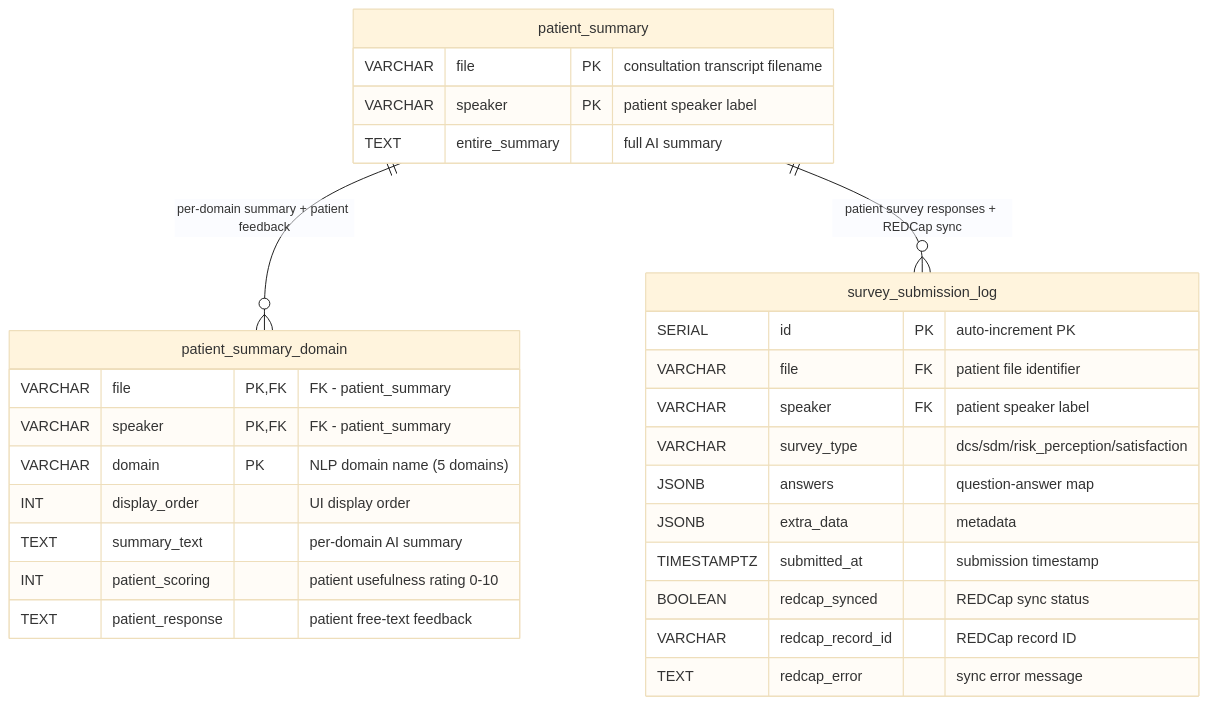
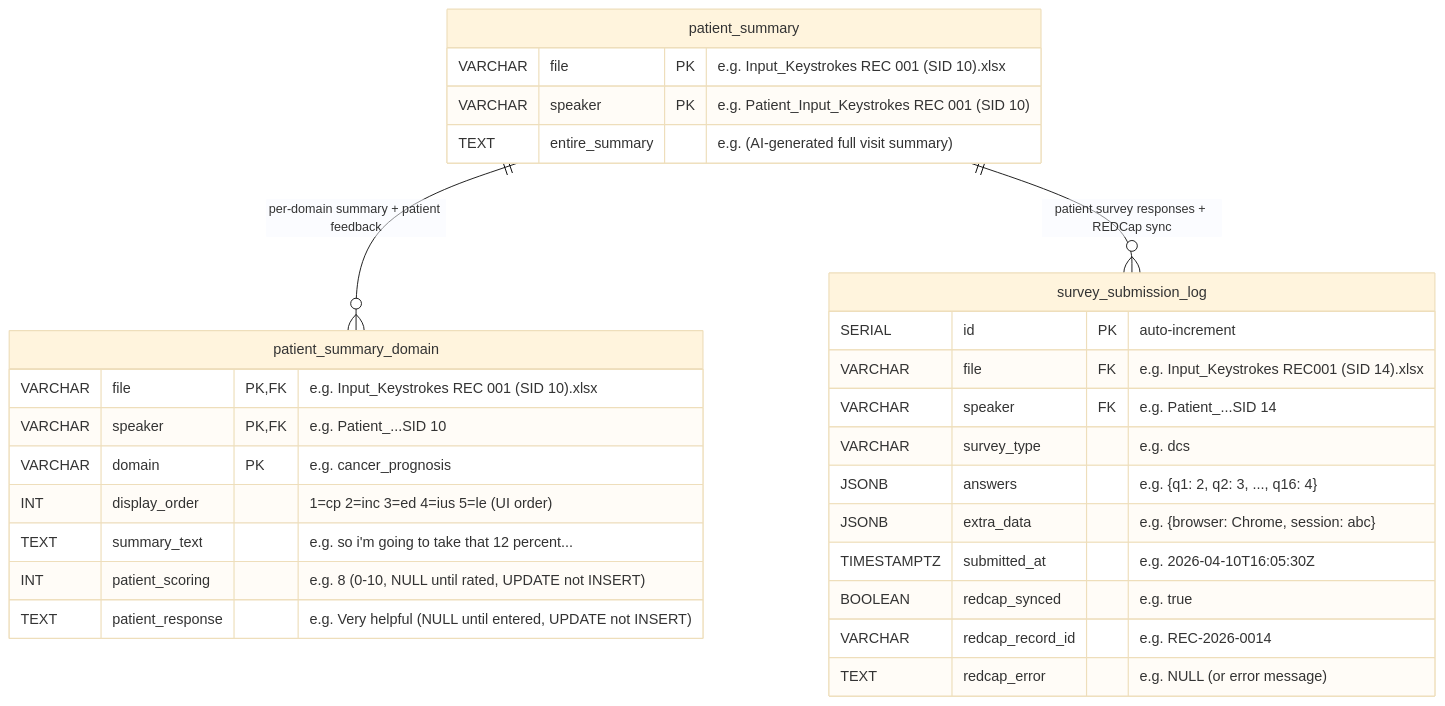
One commit to HyunjunA/Prostate_cancer_consultation changed the second of 5 diagrams in app/Backend/patient_doctor_interface_erd_v3_en.md. Above: the diagram before and after it, drawn with Mermaid (base theme). The commit also changed other lines of this file and 2 other files, not shown here.

First line of the commit message:
docs: enhance ERD v3 with real DB examples, field-level explanations, and PDF

````diff
--- a/app/Backend/patient_doctor_interface_erd_v3_en.md
+++ b/app/Backend/patient_doctor_interface_erd_v3_en.md
@@ -37,34 +37,34 @@
 ```mermaid
 erDiagram
     patient_summary {
-        VARCHAR file PK "consultation transcript filename"
-        VARCHAR speaker PK "patient speaker label"
-        TEXT entire_summary "full AI summary"
+        VARCHAR file PK "e.g. Input_Keystrokes REC 001 (SID 10).xlsx"
+        VARCHAR speaker PK "e.g. Patient_Input_Keystrokes REC 001 (SID 10)"
+        TEXT entire_summary "e.g. (AI-generated full visit summary)"
     }
 
     patient_summary_domain {
-        VARCHAR file PK,FK "FK - patient_summary"
-        VARCHAR speaker PK,FK "FK - patient_summary"
-        VARCHAR domain PK "NLP domain name (5 domains)"
-        INT display_order "UI display order"
-        TEXT summary_text "per-domain AI summary"
-        INT patient_scoring "patient usefulness rating 0-10"
-        TEXT patient_response "patient free-text feedback"
+        VARCHAR file PK,FK "e.g. Input_Keystrokes REC 001 (SID 10).xlsx"
+        VARCHAR speaker PK,FK "e.g. Patient_...SID 10"
+        VARCHAR domain PK "e.g. cancer_prognosis"
+        INT display_order "1=cp 2=inc 3=ed 4=ius 5=le (UI order)"
+        TEXT summary_text "e.g. so i'm going to take that 12 percent..."
+        INT patient_scoring "e.g. 8 (0-10, NULL until rated, UPDATE not INSERT)"
+        TEXT patient_response "e.g. Very helpful (NULL until entered, UPDATE not INSERT)"
     }
 
     survey_submission_log {
-        SERIAL id PK "auto-increment PK"
-        VARCHAR file FK "patient file identifier"
-        VARCHAR speaker FK "patient speaker label"
-        VARCHAR survey_type "dcs/sdm/risk_perception/satisfaction"
-        JSONB answers "question-answer map"
-        JSONB extra_data "metadata"
-        TIMESTAMPTZ submitted_at "submission timestamp"
-        BOOLEAN redcap_synced "REDCap sync status"
-        VARCHAR redcap_record_id "REDCap record ID"
-        TEXT redcap_error "sync error message"
+        SERIAL id PK "auto-increment"
+        VARCHAR file FK "e.g. Input_Keystrokes REC001 (SID 14).xlsx"
+        VARCHAR speaker FK "e.g. Patient_...SID 14"
+        VARCHAR survey_type "e.g. dcs"
+        JSONB answers "e.g. {q1: 2, q2: 3, ..., q16: 4}"
+        JSONB extra_data "e.g. {browser: Chrome, session: abc}"
+        TIMESTAMPTZ submitted_at "e.g. 2026-04-10T16:05:30Z"
+        BOOLEAN redcap_synced "e.g. true"
+        VARCHAR redcap_record_id "e.g. REC-2026-0014"
+        TEXT redcap_error "e.g. NULL (or error message)"
     }
 
     patient_summary ||--o{ patient_summary_domain : "per-domain summary + patient feedback"
     patient_summary ||--o{ survey_submission_log : "patient survey responses + REDCap sync"
 ```
````
